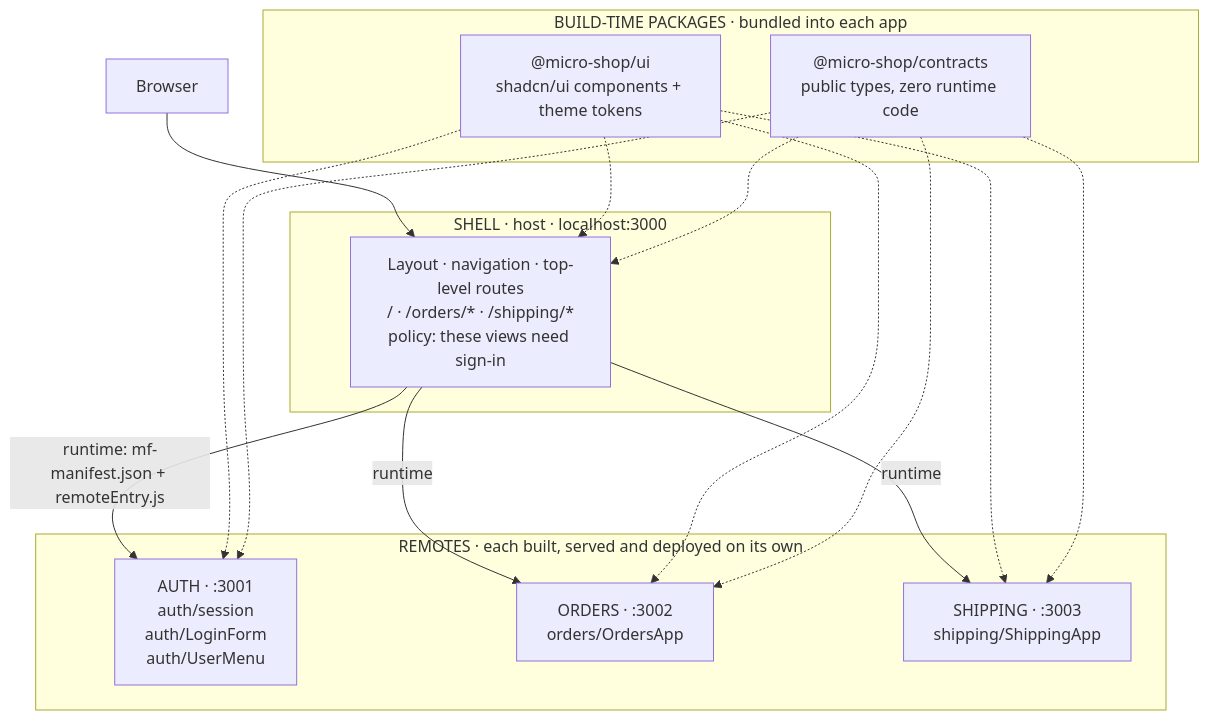
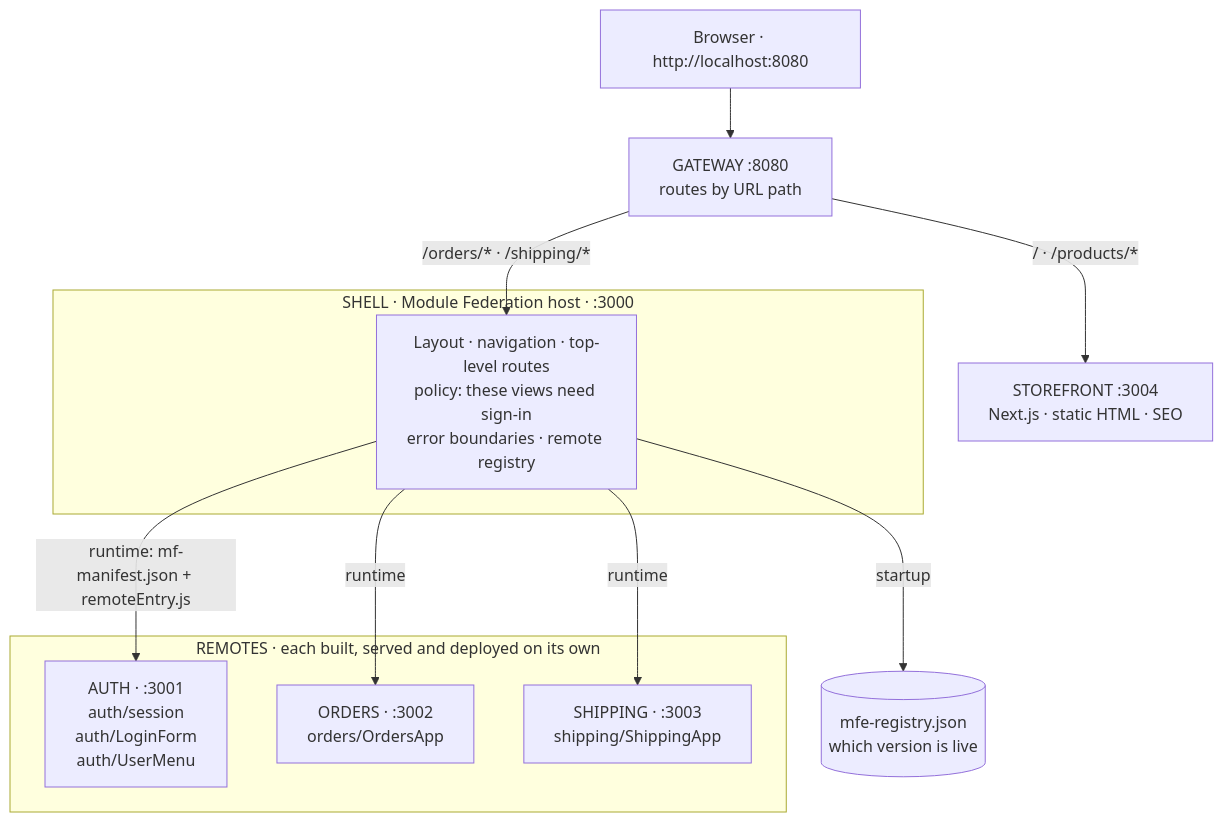
The first of 11 diagrams in micro-shop/docs/GUIDE.md (alireza-akbarzadeh/mciro), drawn with Mermaid before and after one commit. The commit also changed other lines of this file and 118 other files, not shown here.

````diff
--- a/micro-shop/docs/GUIDE.md
+++ b/micro-shop/docs/GUIDE.md
@@ -81,32 +85,24 @@
 ```mermaid
 flowchart TB
-    browser["Browser"]
+    browser["Browser · http://localhost:8080"] --> gateway["GATEWAY :8080<br/>routes by URL path"]
 
-    subgraph shellBox["SHELL · host · localhost:3000"]
-        shell["Layout · navigation · top-level routes<br/>/ · /orders/* · /shipping/*<br/>policy: these views need sign-in"]
+    gateway -- "/ · /products/*" --> storefront["STOREFRONT :3004<br/>Next.js · static HTML · SEO"]
+    gateway -- "/orders/* · /shipping/*" --> shell
+
+    subgraph shellBox["SHELL · Module Federation host · :3000"]
+        shell["Layout · navigation · top-level routes<br/>policy: these views need sign-in<br/>error boundaries · remote registry"]
     end
 
     subgraph remotesBox["REMOTES · each built, served and deployed on its own"]
         auth["AUTH · :3001<br/>auth/session<br/>auth/LoginForm<br/>auth/UserMenu"]
         orders["ORDERS · :3002<br/>orders/OrdersApp"]
         shipping["SHIPPING · :3003<br/>shipping/ShippingApp"]
     end
 
-    subgraph pkgBox["BUILD-TIME PACKAGES · bundled into each app"]
-        ui["@micro-shop/ui<br/>shadcn/ui components + theme tokens"]
-        contracts["@micro-shop/contracts<br/>public types, zero runtime code"]
-    end
+    registry[("mfe-registry.json<br/>which version is live")]
 
-    browser --> shell
+    shell -- "startup" --> registry
     shell -- "runtime: mf-manifest.json + remoteEntry.js" --> auth
     shell -- "runtime" --> orders
     shell -- "runtime" --> shipping
-    ui -.-> shell
-    ui -.-> auth
-    ui -.-> orders
-    ui -.-> shipping
-    contracts -.-> shell
-    contracts -.-> auth
-    contracts -.-> orders
-    contracts -.-> shipping
 ```
````
